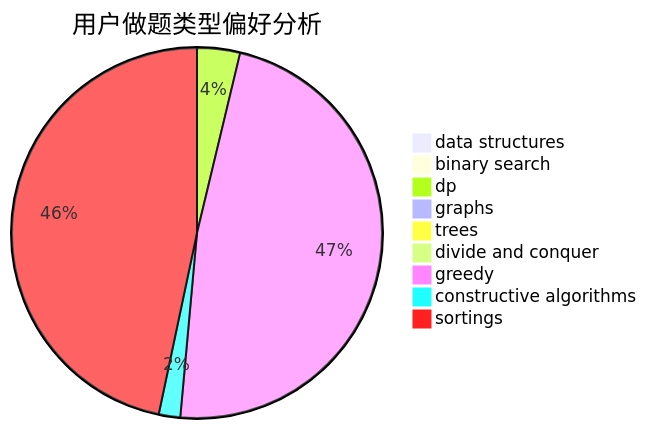
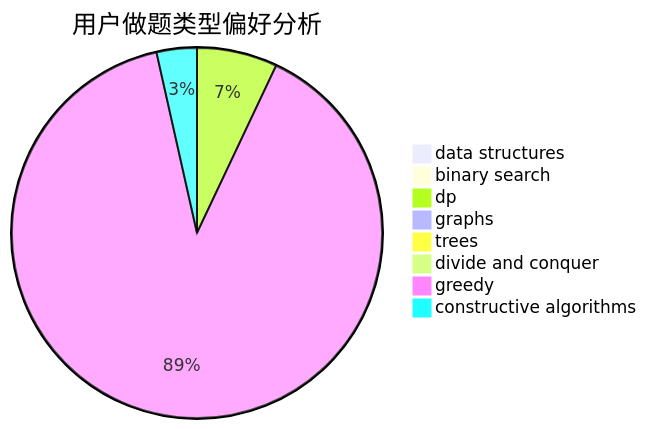
Before and after one commit to sherpahu/cfrs.github.io: the second of 3 diagrams in docs/user/u144.md, drawn with Mermaid. The commit also changed other lines of this file and 2769 other files, not shown here.

````diff
--- a/docs/user/u144.md
+++ b/docs/user/u144.md
@@ -18,12 +18,11 @@
 ```mermaid
 pie title 用户做题类型偏好分析
     "data structures" :  1
     "binary search" :  0
     "dp" :  26
     "graphs" :  3
     "trees" :  0
     "divide and conquer" :  0
     "greedy" :  331
     "constructive algorithms" :  13
-    "sortings" :  324
 ```
````
